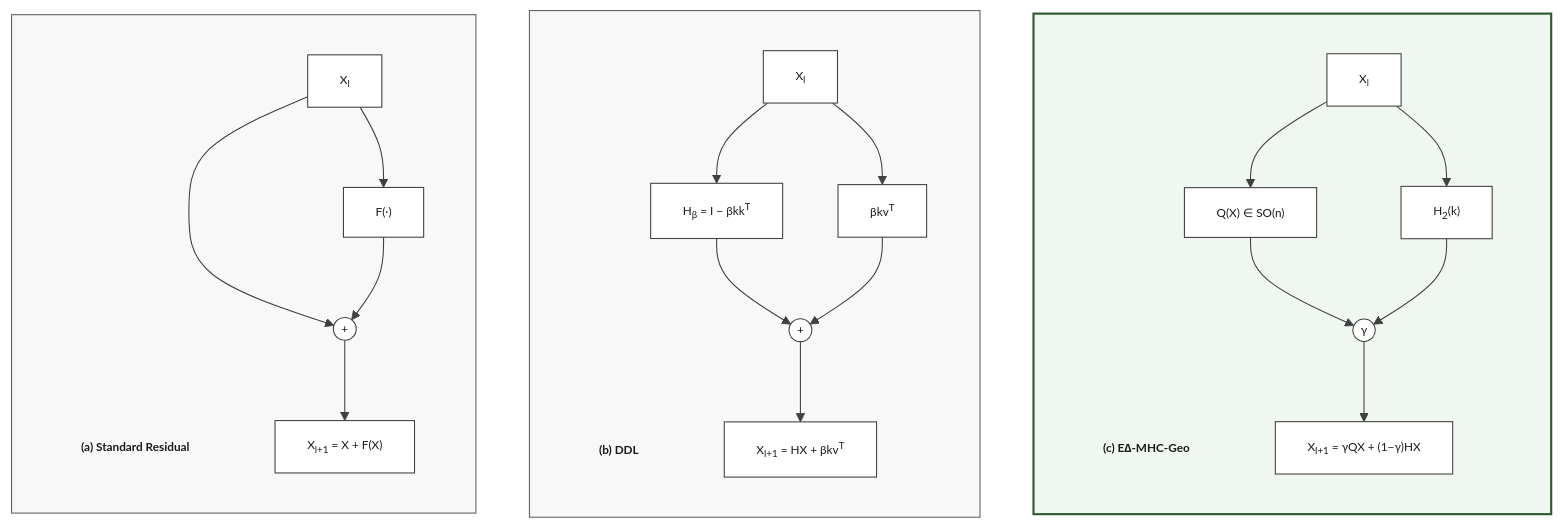
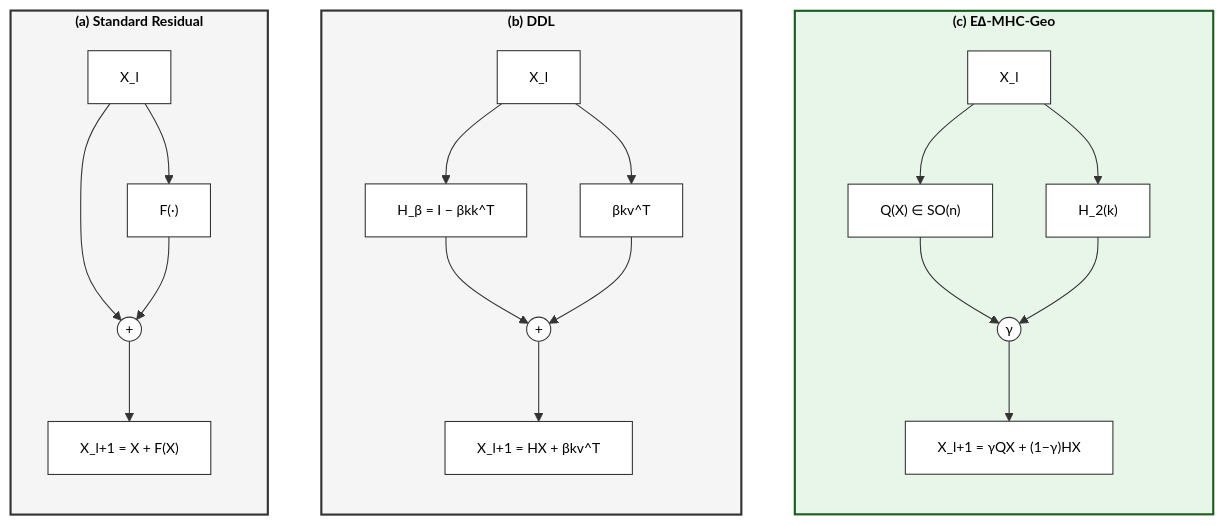
Before and after one commit to arash-shahmansoori/edelta: the first of 7 diagrams in docs/RESEARCH.md, drawn with Mermaid. The commit also changed other lines of this file, not shown here.

First line of the commit message:
Update date to February 2026, improve diagram visibility

````diff
--- a/docs/RESEARCH.md
+++ b/docs/RESEARCH.md
@@ -54,41 +54,35 @@
 ```mermaid
-%%{init: {'theme': 'base', 'themeVariables': { 'primaryColor': '#ffffff', 'primaryTextColor': '#1a1a1a', 'primaryBorderColor': '#404040', 'lineColor': '#404040', 'fontSize': '11px', 'fontFamily': 'Times New Roman, serif'}}}%%
+%%{init: {'theme': 'base', 'themeVariables': { 'primaryColor': '#ffffff', 'primaryTextColor': '#000000', 'primaryBorderColor': '#333333', 'lineColor': '#333333', 'fontSize': '13px', 'fontFamily': 'Arial, Helvetica, sans-serif'}}}%%
 flowchart LR
-    subgraph A[" "]
+    subgraph A["<b>(a) Standard Residual</b>"]
         direction TB
-        A0["<b>(a) Standard Residual</b>"]
-        A1["X<sub>l</sub>"] --> A2["F(·)"]
+        A1["X_l"] --> A2["F(·)"]
         A1 --> A3(("+"))
         A2 --> A3
-        A3 --> A4["X<sub>l+1</sub> = X + F(X)"]
+        A3 --> A4["X_l+1 = X + F(X)"]
     end
     
-    subgraph B[" "]
+    subgraph B["<b>(b) DDL</b>"]
         direction TB
-        B0["<b>(b) DDL</b>"]
-        B1["X<sub>l</sub>"] --> B2["H<sub>β</sub> = I − βkk<sup>T</sup>"]
-        B1 --> B3["βkv<sup>T</sup>"]
+        B1["X_l"] --> B2["H_β = I − βkk^T"]
+        B1 --> B3["βkv^T"]
         B2 --> B4(("+"))
         B3 --> B4
-        B4 --> B5["X<sub>l+1</sub> = HX + βkv<sup>T</sup>"]
+        B4 --> B5["X_l+1 = HX + βkv^T"]
     end
     
-    subgraph C[" "]
+    subgraph C["<b>(c) E∆-MHC-Geo</b>"]
         direction TB
-        C0["<b>(c) E∆-MHC-Geo</b>"]
-        C1["X<sub>l</sub>"] --> C2["Q(X) ∈ SO(n)"]
-        C1 --> C3["H<sub>2</sub>(k)"]
+        C1["X_l"] --> C2["Q(X) ∈ SO(n)"]
+        C1 --> C3["H_2(k)"]
         C2 --> C5(("γ"))
         C3 --> C5
-        C5 --> C6["X<sub>l+1</sub> = γQX + (1−γ)HX"]
+        C5 --> C6["X_l+1 = γQX + (1−γ)HX"]
     end
     
     A ~~~ B ~~~ C
     
-    style A fill:#f8f8f8,stroke:#606060,stroke-width:1px
-    style B fill:#f8f8f8,stroke:#606060,stroke-width:1px
-    style C fill:#f0f7f0,stroke:#2d5a2d,stroke-width:2px
-    style A0 fill:none,stroke:none
-    style B0 fill:none,stroke:none
-    style C0 fill:none,stroke:none
+    style A fill:#f5f5f5,stroke:#333333,stroke-width:2px
+    style B fill:#f5f5f5,stroke:#333333,stroke-width:2px
+    style C fill:#e8f5e9,stroke:#1b5e20,stroke-width:2px
 ```
````
